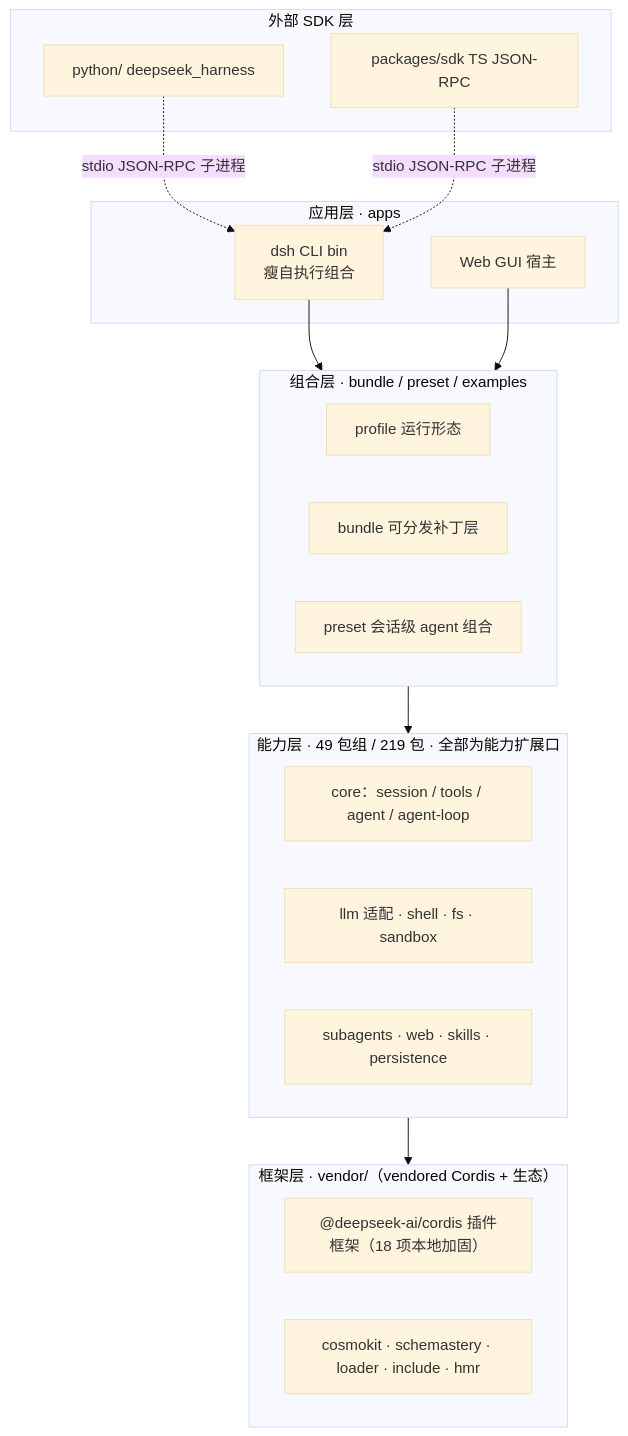
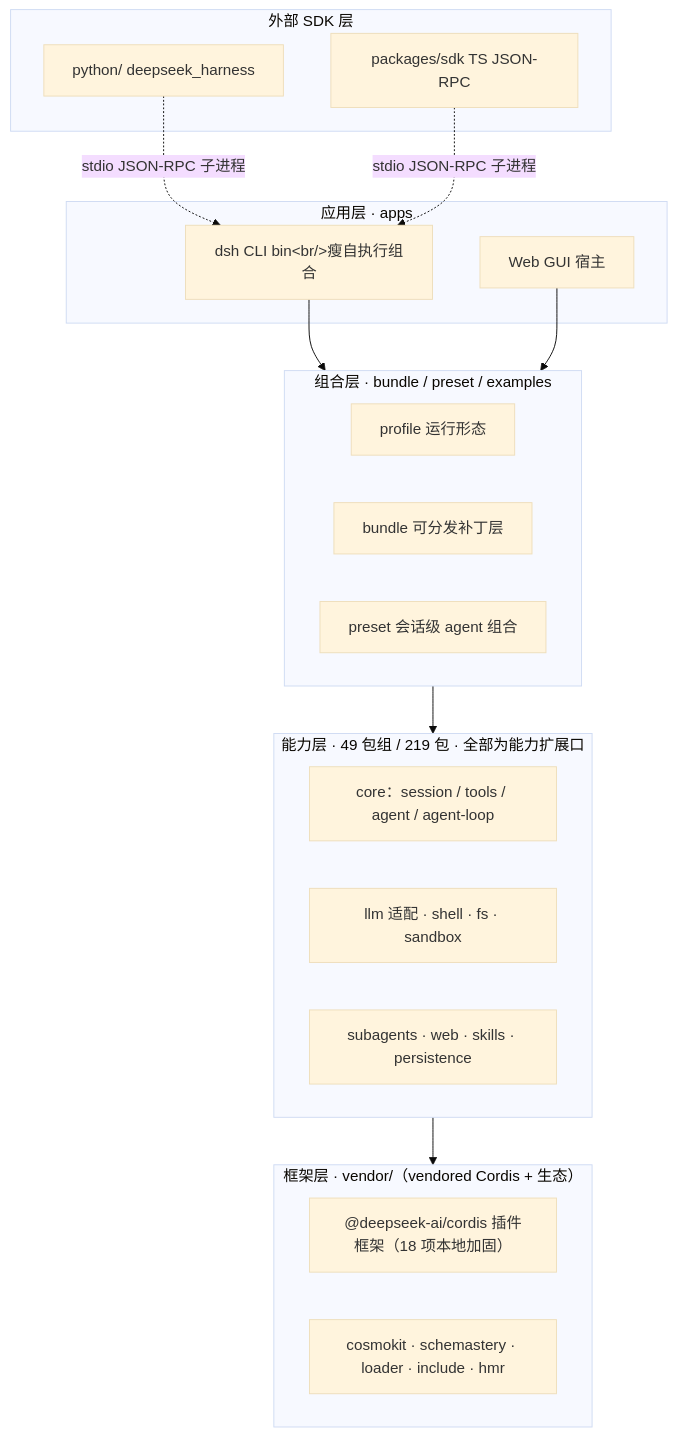
One commit to ZZKeepCurious/mini-deepseek-harness-python changed the diagram in docs/report/01-overview.md. Above: the diagram before and after it, drawn with Mermaid (base theme). The commit also changed 27 other files, not shown here.

````diff
--- a/docs/report/01-overview.md
+++ b/docs/report/01-overview.md
@@ -45,31 +45,31 @@
 ```mermaid
 flowchart TD
   subgraph L1["应用层 · apps"]
-    A1["dsh CLI bin<br/>瘦自执行组合"]
+    A1["dsh CLI bin&lt;br/&gt;瘦自执行组合"]
     A2["Web GUI 宿主"]
   end
   subgraph L2["组合层 · bundle / preset / examples"]
     B1["profile 运行形态"]
     B2["bundle 可分发补丁层"]
     B3["preset 会话级 agent 组合"]
   end
   subgraph L3["能力层 · 49 包组 / 219 包 · 全部为能力扩展口"]
     C1["core：session / tools / agent / agent-loop"]
     C2["llm 适配 · shell · fs · sandbox"]
     C3["subagents · web · skills · persistence"]
   end
   subgraph L4["框架层 · vendor/（vendored Cordis + 生态）"]
     D1["@deepseek-ai/cordis 插件框架（18 项本地加固）"]
     D2["cosmokit · schemastery · loader · include · hmr"]
   end
   subgraph L5["外部 SDK 层"]
     E1["python/ deepseek_harness"]
     E2["packages/sdk TS JSON-RPC"]
   end
   A1 --> L2
   A2 --> L2
   L2 --> L3
   L3 --> L4
   E1 -.stdio JSON-RPC 子进程.-> A1
   E2 -.stdio JSON-RPC 子进程.-> A1
 ```
````
